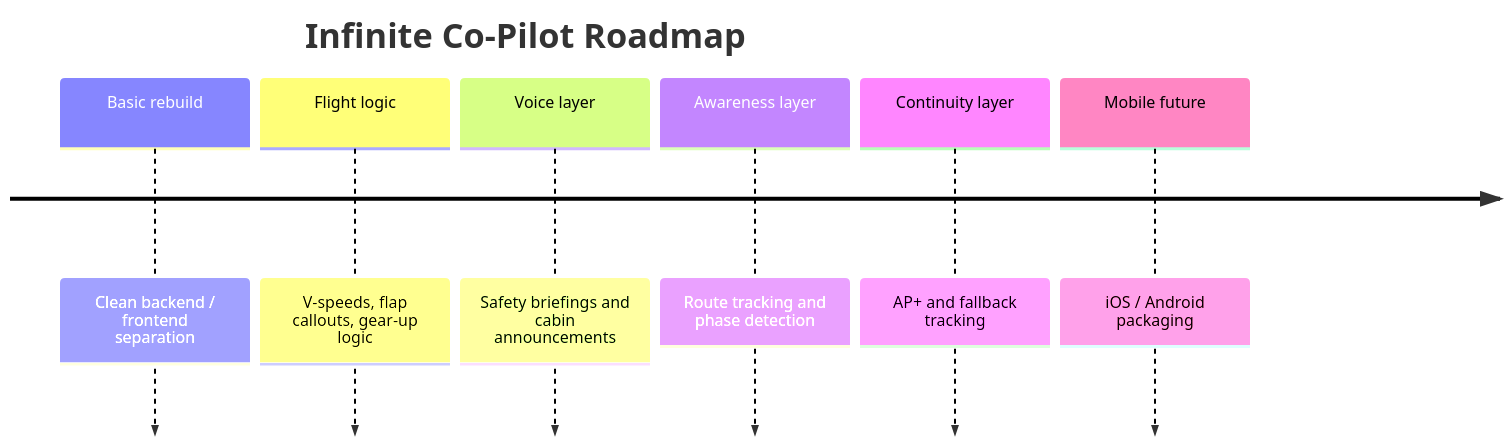
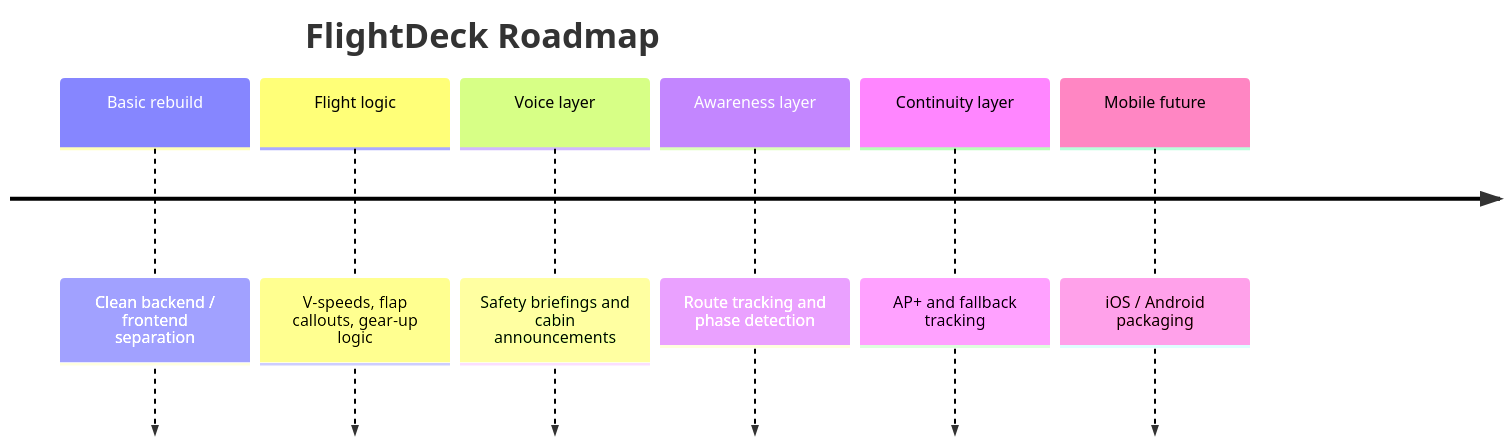
Before and after one commit to hatim69/Infinite-Co-Pilot-v2: the second of 2 diagrams in README.md, drawn with Mermaid. The commit also changed other lines of this file and 36 other files, not shown here.

````diff
--- a/README.md
+++ b/README.md
@@ -146,10 +153,10 @@
 ```mermaid
 timeline
-	title Infinite Co-Pilot Roadmap
+	title FlightDeck Roadmap
 	Basic rebuild : Clean backend / frontend separation
 	Flight logic : V-speeds, flap callouts, gear-up logic
 	Voice layer : Safety briefings and cabin announcements
 	Awareness layer : Route tracking and phase detection
 	Continuity layer : AP+ and fallback tracking
 	Mobile future : iOS / Android packaging
 ```
````
